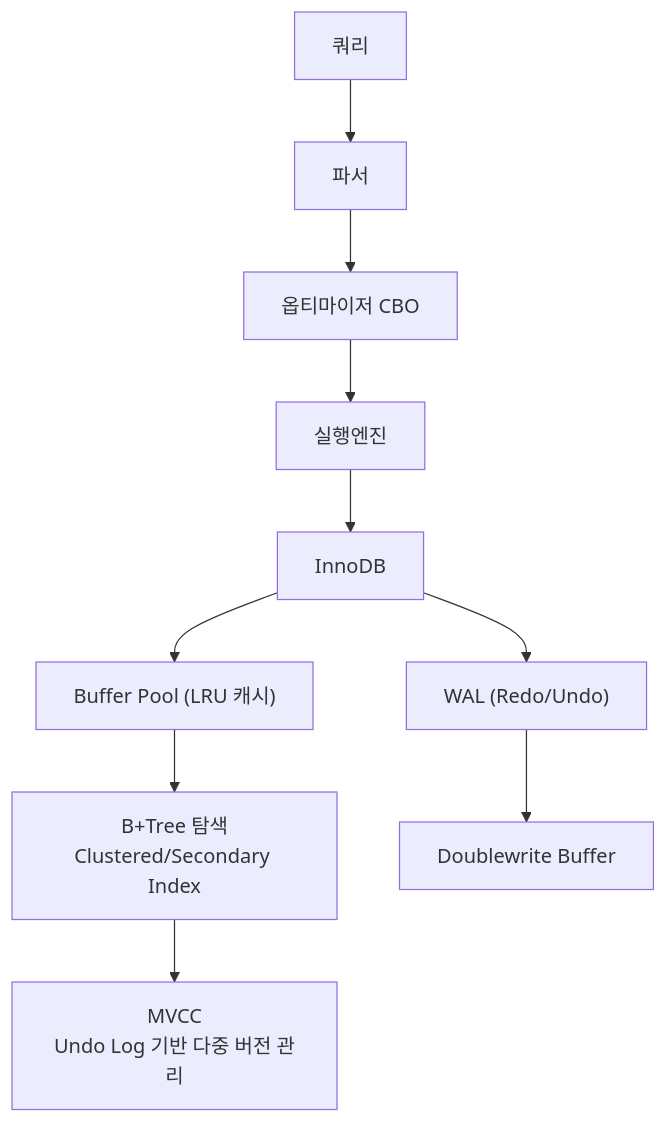
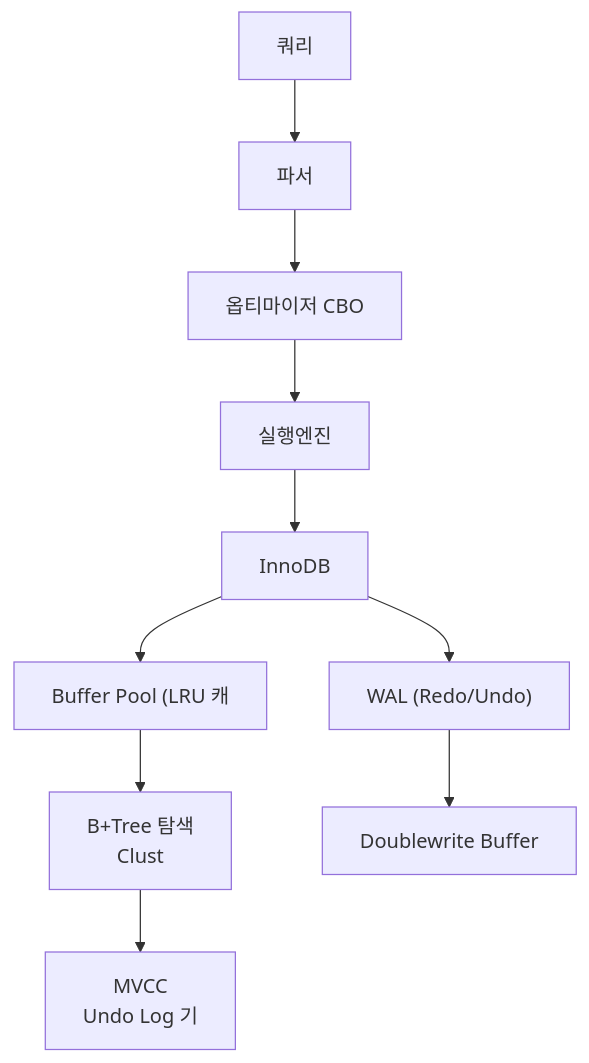
Before and after one commit to yjkim2015/yjkim2015.github.io: the tenth of 10 diagrams in _posts/db/2026-05-01-db-internals.md, drawn with Mermaid. The commit also changed other lines of this file and 271 other files, not shown here.

First line of the commit message:
Mermaid 라벨 축소: 긴 노드 텍스트 18자 이하로 트림 + \n 제거

````diff
--- a/_posts/db/2026-05-01-db-internals.md
+++ b/_posts/db/2026-05-01-db-internals.md
@@ -682,12 +682,12 @@
 ```mermaid
 graph TD
     Q[쿼리] --> P[파서]
     P --> O["옵티마이저 CBO"]
     O --> E[실행엔진]
     E --> I[InnoDB]
-    I --> BP["Buffer Pool (LRU 캐시)"]
+    I --> BP["Buffer Pool (LRU 캐"]
     I --> WAL["WAL (Redo/Undo)"]
-    BP --> BT["B+Tree 탐색<br>Clustered/Secondary Index"]
+    BP --> BT["B+Tree 탐색<br>Clust"]
     WAL --> DW[Doublewrite Buffer]
-    BT --> MVCC["MVCC<br>Undo Log 기반 다중 버전 관리"]
+    BT --> MVCC["MVCC<br>Undo Log 기"]
 ```
````
